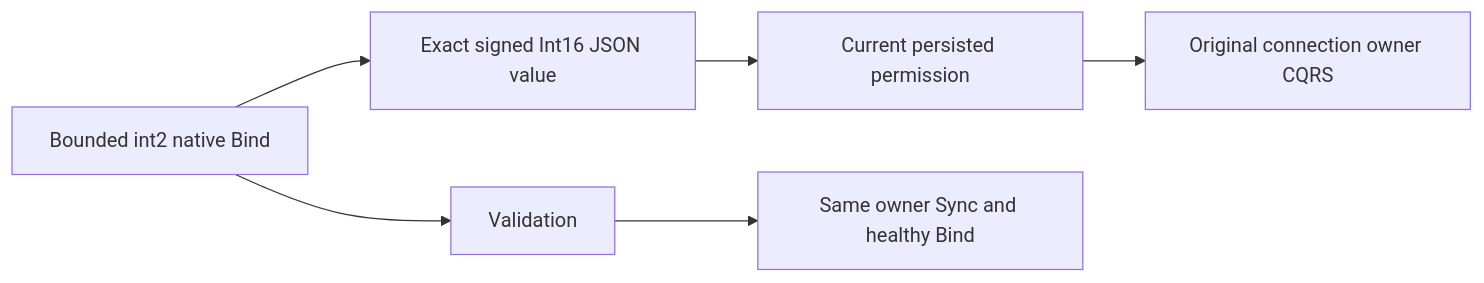
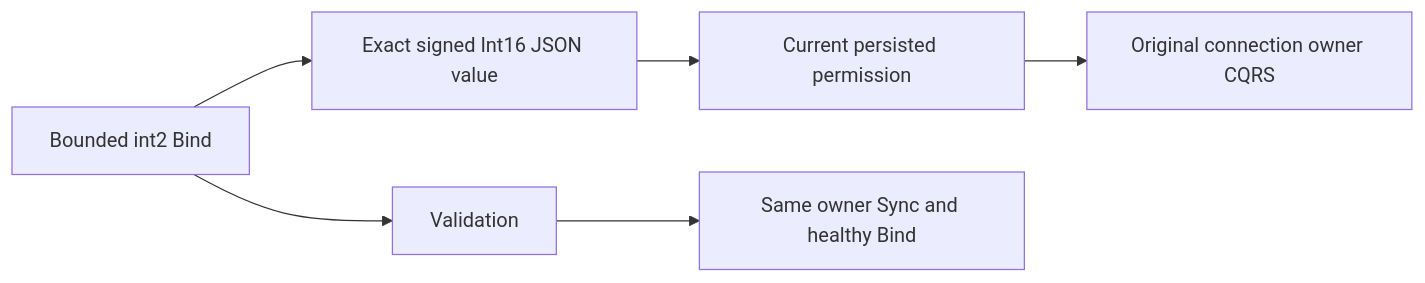
One commit to managedcode/KeyLoad changed the fourth of 4 diagrams in docs/Features/ClientApi.md. Above: the diagram before and after it, drawn with Mermaid. The commit also changed other lines of this file and 9016 other files, not shown here.

````diff
--- a/docs/Features/ClientApi.md
+++ b/docs/Features/ClientApi.md
@@ -285,8 +285,8 @@
 ```mermaid
 flowchart LR
-    Int16[Bounded int2 native Bind] --> Exact[Exact signed Int16 JSON value]
+    Int16[Bounded int2 Bind] --> Exact[Exact signed Int16 JSON value]
     Exact --> Auth[Current persisted permission]
     Auth --> CQRS[Original connection owner CQRS]
     Int16 --> Refusal[Validation]
     Refusal --> Sync[Same owner Sync and healthy Bind]
 ```
````
